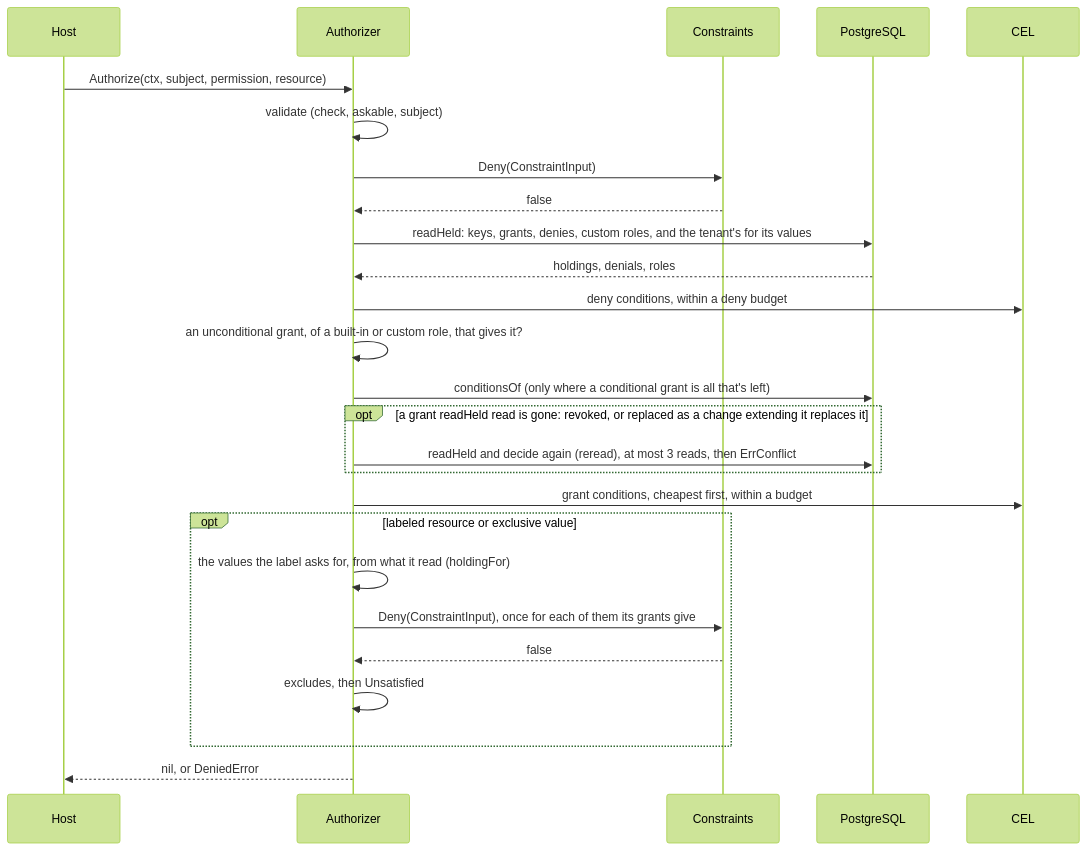
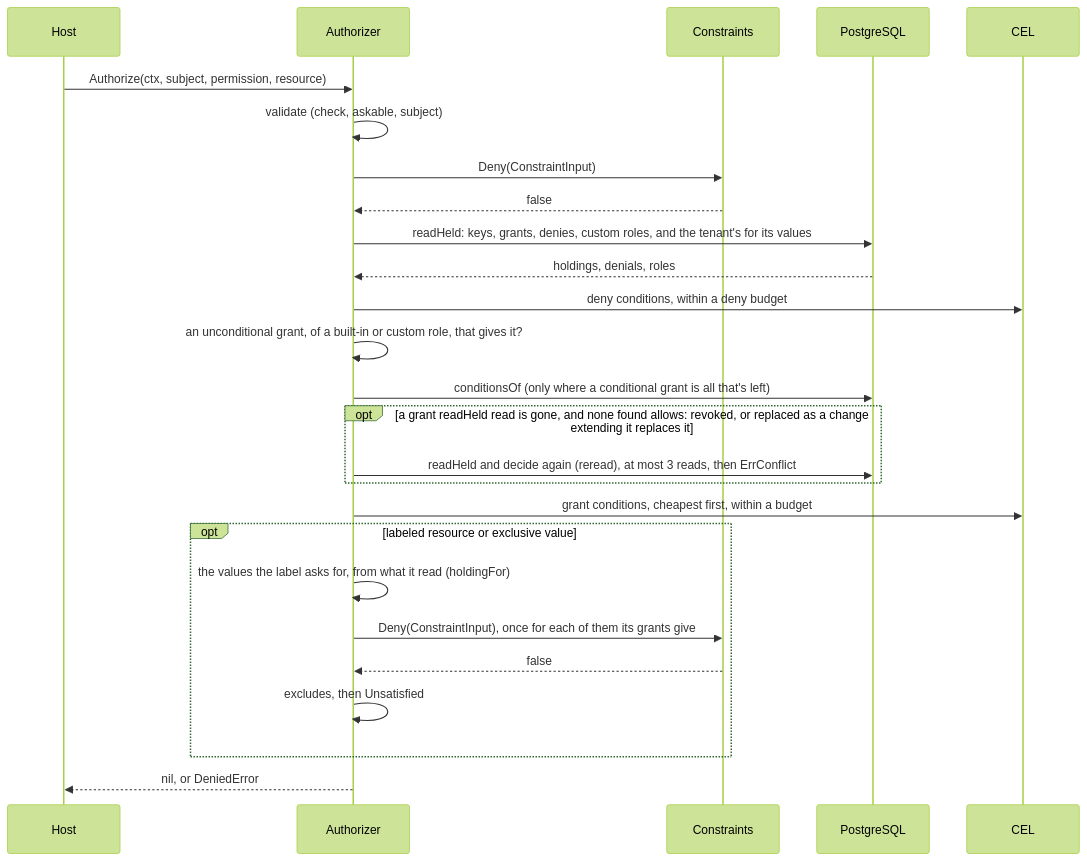
Before and after one commit to parallelworks/rbac: the seventh of 14 diagrams in docs/architecture.md, drawn with Mermaid (forest theme). The commit also changed other lines of this file and 1 other file, not shown here.

Commit message:
docs: a check reads its grants again only where those it found don't give what one gone gave

````diff
--- a/docs/architecture.md
+++ b/docs/architecture.md
@@ -590,28 +590,28 @@
 ```mermaid
 sequenceDiagram
     participant H as Host
     participant A as Authorizer
     participant C as Constraints
     participant DB as PostgreSQL
     participant E as CEL
     H->>A: Authorize(ctx, subject, permission, resource)
     A->>A: validate (check, askable, subject)
     A->>C: Deny(ConstraintInput)
     C-->>A: false
     A->>DB: readHeld: keys, grants, denies, custom roles, and the tenant's for its values
     DB-->>A: holdings, denials, roles
     A->>E: deny conditions, within a deny budget
     A->>A: an unconditional grant, of a built-in or custom role, that gives it?
     A->>DB: conditionsOf (only where a conditional grant is all that's left)
-    opt a grant readHeld read is gone: revoked, or replaced as a change extending it replaces it
+    opt a grant readHeld read is gone, and none found allows: revoked, or replaced as a change extending it replaces it
         A->>DB: readHeld and decide again (reread), at most 3 reads, then ErrConflict
     end
     A->>E: grant conditions, cheapest first, within a budget
     opt labeled resource or exclusive value
         A->>A: the values the label asks for, from what it read (holdingFor)
         A->>C: Deny(ConstraintInput), once for each of them its grants give
         C-->>A: false
         A->>A: excludes, then Unsatisfied
     end
     A-->>H: nil, or DeniedError
 ```
````
